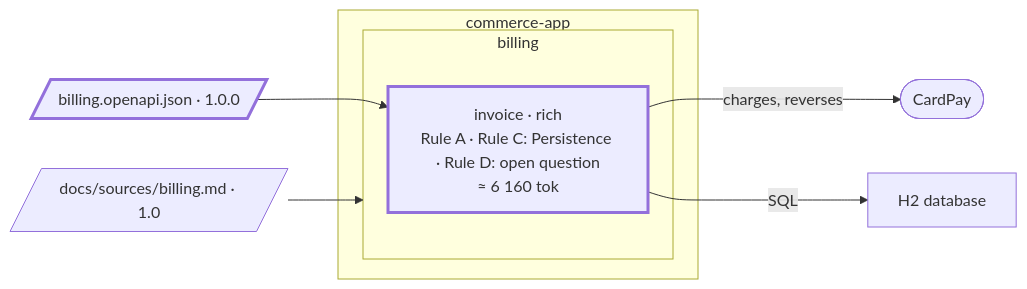
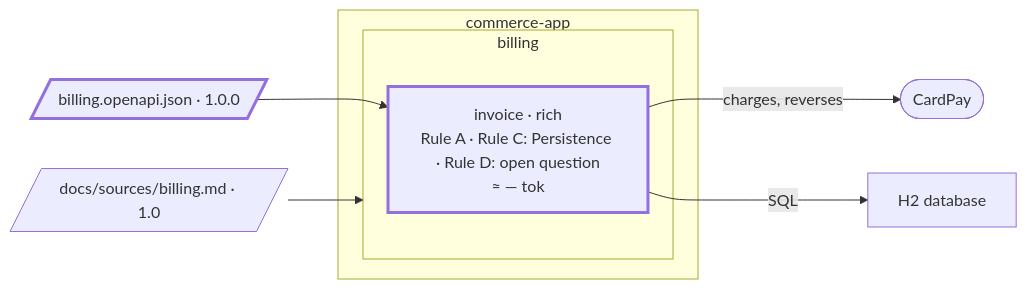
Before and after one commit to elie29/partition: the diagram in docs/guides/a-project-step-by-step/04-first-feature.md, drawn with Mermaid. The commit also changed other lines of this file and 52 other files, not shown here.

````diff
--- a/docs/guides/a-project-step-by-step/04-first-feature.md
+++ b/docs/guides/a-project-step-by-step/04-first-feature.md
@@ -280,18 +55,18 @@
 ```mermaid
 flowchart LR
   classDef new stroke-width:3px
   classDef gone stroke-dasharray:5 5
   src_billing[/"docs/sources/billing.md · 1.0"/]
   contract_billing[/"billing.openapi.json · 1.0.0"/]:::new
   subgraph app_commerce["commerce-app"]
     subgraph area_billing["billing"]
-      invoice["invoice · rich<br/>Rule A · Rule C: Persistence · Rule D: open question<br/>≈ 6 160 tok"]:::new
+      invoice["invoice · rich<br/>Rule A · Rule C: Persistence · Rule D: open question<br/>≈ — tok"]:::new
     end
   end
   db["H2 database"]
   cardpay(["CardPay"])
   src_billing --> area_billing
   contract_billing --> invoice
   invoice -- "charges, reverses" --> cardpay
   invoice -- "SQL" --> db
 ```
````
